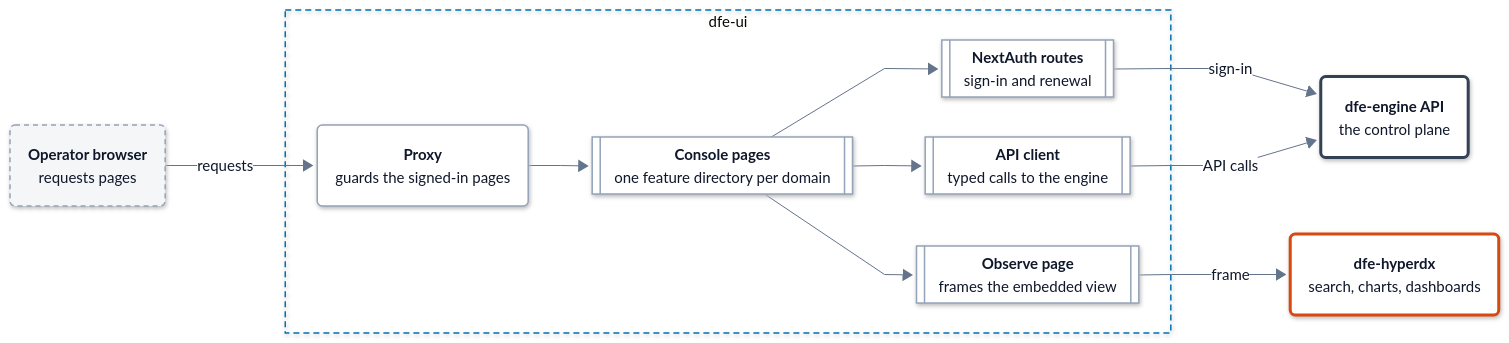
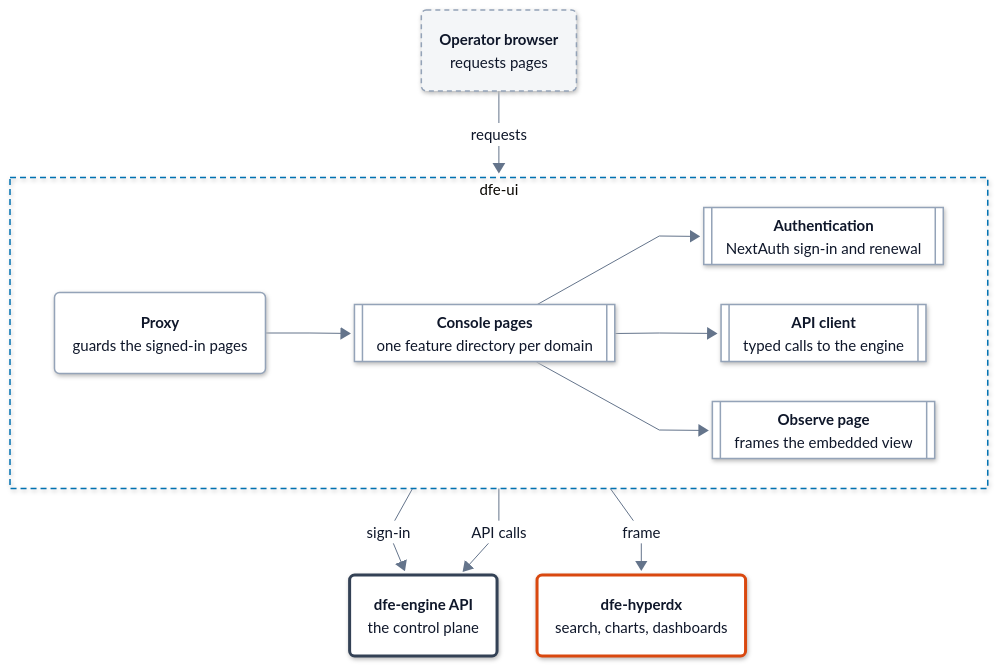
The diagram in docs/architecture.md (hyperi-io/dfe-ui), drawn with Mermaid before and after one commit. The commit also changed other lines of this file and 8 other files, not shown here.

First line of the commit message:
docs(architecture): reshape the architecture page and its part pages (#754)

````diff
--- a/docs/architecture.md
+++ b/docs/architecture.md
@@ -52,14 +48,15 @@
     .ui .label-icon{color:#D9480F}
     .ext .label-icon{color:#64748B}
 ---
-flowchart LR
+flowchart TB
   accTitle: L3 Components -- dfe-ui
-  accDescr: The operator's browser requests pages through the proxy. The console pages sign in and renew through the NextAuth routes, call the engine through the typed API client, and frame dfe-hyperdx from the Observe page.
+  accDescr: The operator's browser requests pages through the proxy. The console pages sign in and renew through the authentication routes, call the engine through the typed API client, and frame dfe-hyperdx from the Observe page.
   browser("<b>Operator browser</b><br/><span>requests pages</span>")
   subgraph dfeui["dfe-ui"]
+    direction LR
     proxy("<b>Proxy</b><br/><span>guards the signed-in pages</span>")
     pages[["<b>Console pages</b><br/><span>one feature directory per domain</span>"]]
-    nextauth[["<b>NextAuth routes</b><br/><span>sign-in and renewal</span>"]]
+    nextauth[["<b>Authentication</b><br/><span>NextAuth sign-in and renewal</span>"]]
     client[["<b>API client</b><br/><span>typed calls to the engine</span>"]]
     observe[["<b>Observe page</b><br/><span>frames the embedded view</span>"]]
   end
@@ -73,6 +70,10 @@
   nextauth -->|sign-in| engine
   client -->|API calls| engine
   observe -->|frame| hyperdx
+  class browser ext
+  class proxy,pages,nextauth,client,observe part
+  class engine control
+  class hyperdx ui
   classDef ext fill:#F4F6F8,stroke:#94A3B8,stroke-width:1.5px,stroke-dasharray:5 4,color:#0F172A
   classDef ingest fill:#FFFFFF,stroke:#0E8A7D,stroke-width:3px,color:#0F172A
   classDef xform fill:#FFFFFF,stroke:#7B4FB0,stroke-width:3px,color:#0F172A
@@ -84,9 +85,5 @@
   classDef error fill:#FFFFFF,stroke:#C2410C,stroke-width:3px,color:#0F172A
   classDef control fill:#FFFFFF,stroke:#334155,stroke-width:3px,color:#0F172A
   classDef part fill:#FFFFFF,stroke:#94A3B8,stroke-width:1.5px,color:#0F172A
-  class browser ext
-  class proxy,pages,nextauth,client,observe part
-  class engine control
-  class hyperdx ui
   style dfeui fill:none,stroke:#0072B2,stroke-width:1.5px,stroke-dasharray:6 4
 ```
````
